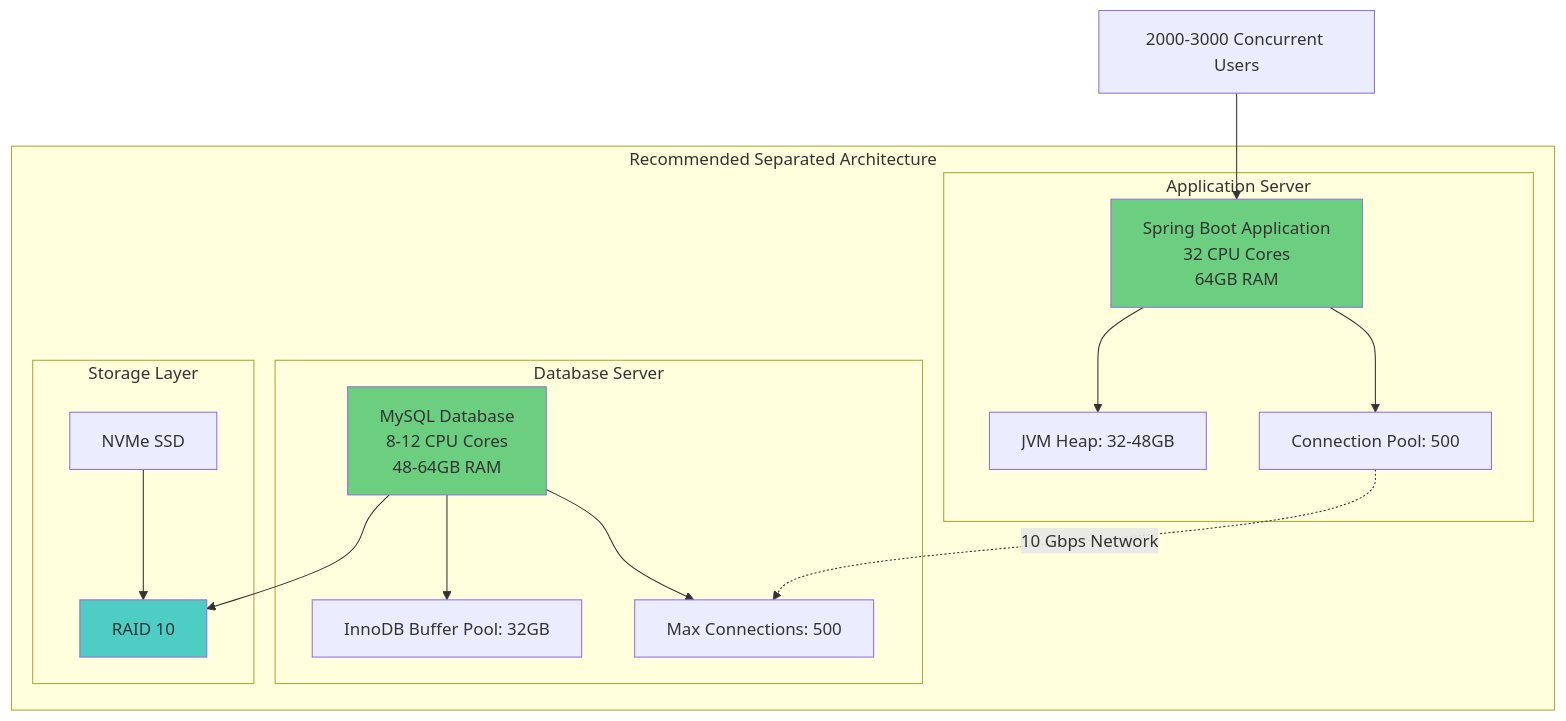
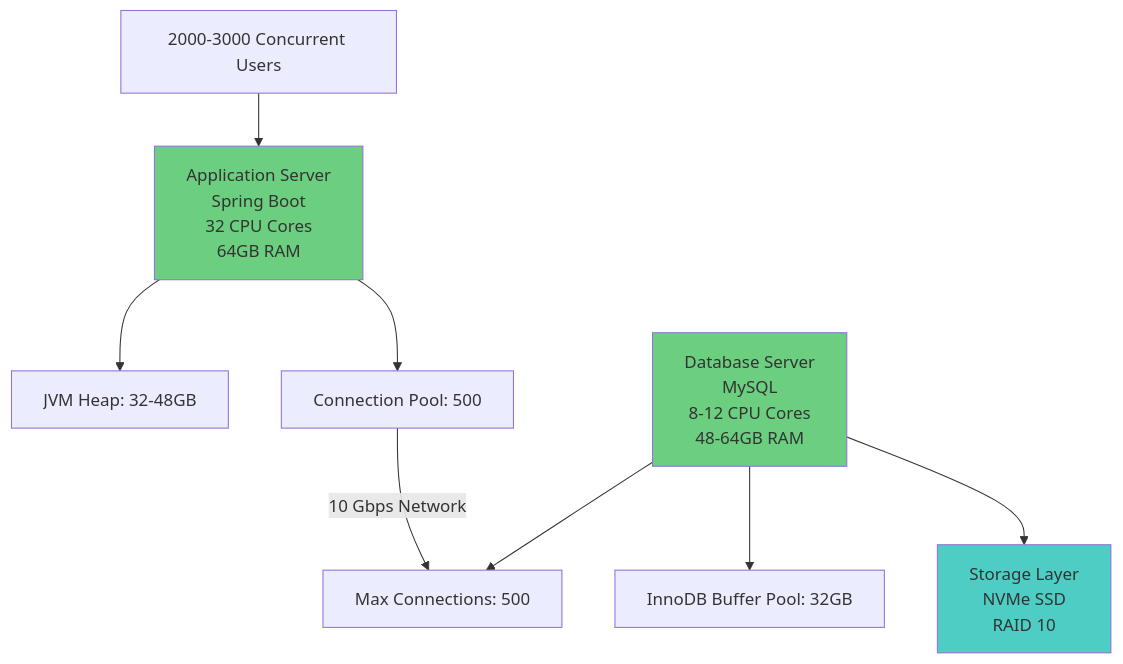
One commit to gohilmahaveer/json-format-service changed the fourth of 5 diagrams in vendor-portal-report.md. Above: the diagram before and after it, drawn with Mermaid. The commit also changed other lines of this file, not shown here.

````diff
--- a/vendor-portal-report.md
+++ b/vendor-portal-report.md
@@ -155,36 +171,26 @@
 ```mermaid
-graph TB
-    subgraph "Recommended Separated Architecture"
-        subgraph "Application Server"
-            A1[Spring Boot Application<br/>32 CPU Cores<br/>64GB RAM]
-            A2[JVM Heap: 32-48GB]
-            A3[Connection Pool: 500]
-            A1 --> A2
-            A1 --> A3
-        end
-        
-        subgraph "Database Server"
-            D1[MySQL Database<br/>8-12 CPU Cores<br/>48-64GB RAM]
-            D2[InnoDB Buffer Pool: 32GB]
-            D3[Max Connections: 500]
-            D1 --> D2
-            D1 --> D3
-        end
-        
-        subgraph "Storage Layer"
-            S1[NVMe SSD]
-            S2[RAID 10]
-            S1 --> S2
-        end
-        
-        A3 -.10 Gbps Network.-> D3
-        D1 --> S2
-    end
+flowchart TB
+    U["2000-3000 Concurrent Users"]
     
-    U[2000-3000 Concurrent Users]
+    A1["Application Server<br/>Spring Boot<br/>32 CPU Cores<br/>64GB RAM"]
+    A2["JVM Heap: 32-48GB"]
+    A3["Connection Pool: 500"]
+    
+    D1["Database Server<br/>MySQL<br/>8-12 CPU Cores<br/>48-64GB RAM"]
+    D2["InnoDB Buffer Pool: 32GB"]
+    D3["Max Connections: 500"]
+    
+    S1["Storage Layer<br/>NVMe SSD<br/>RAID 10"]
+    
     U --> A1
+    A1 --> A2
+    A1 --> A3
+    A3 -->|"10 Gbps Network"| D3
+    D1 --> D2
+    D1 --> D3
+    D1 --> S1
     
     style A1 fill:#6bcf7f
     style D1 fill:#6bcf7f
-    style S2 fill:#4ecdc4
+    style S1 fill:#4ecdc4
 ```
````
